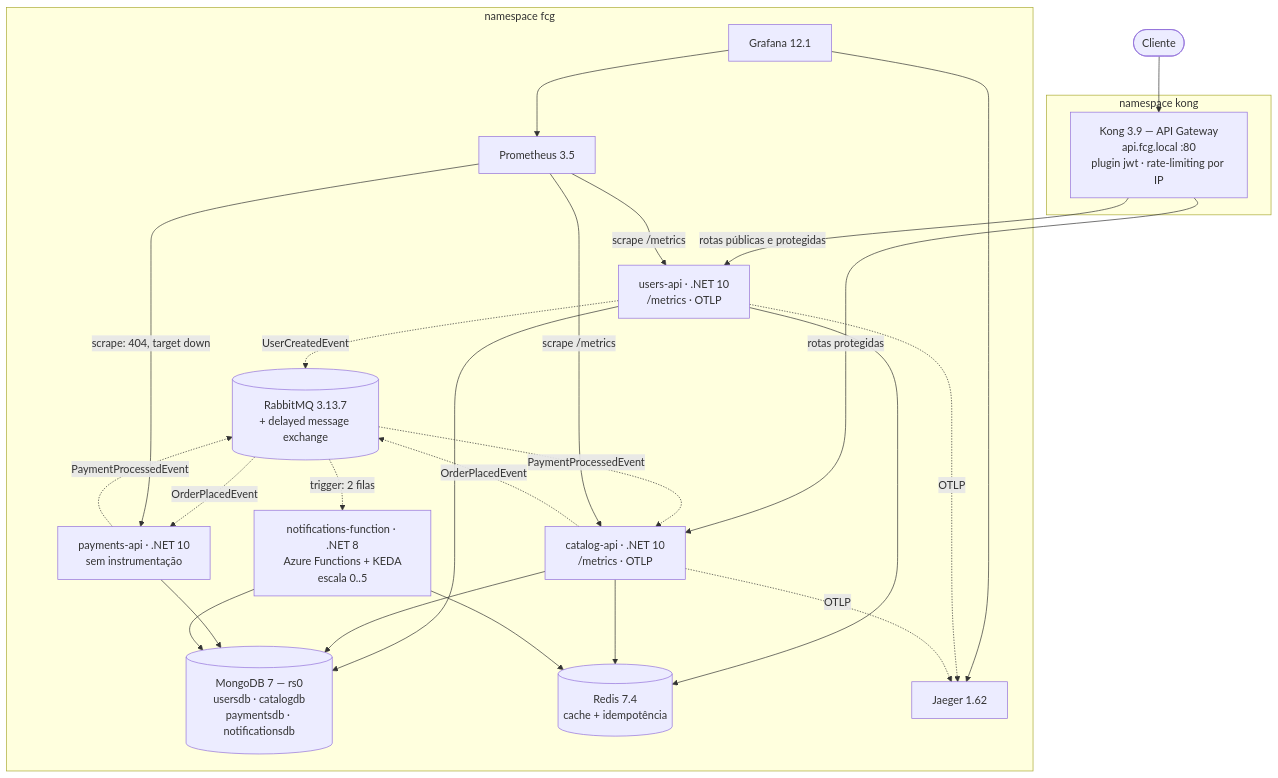
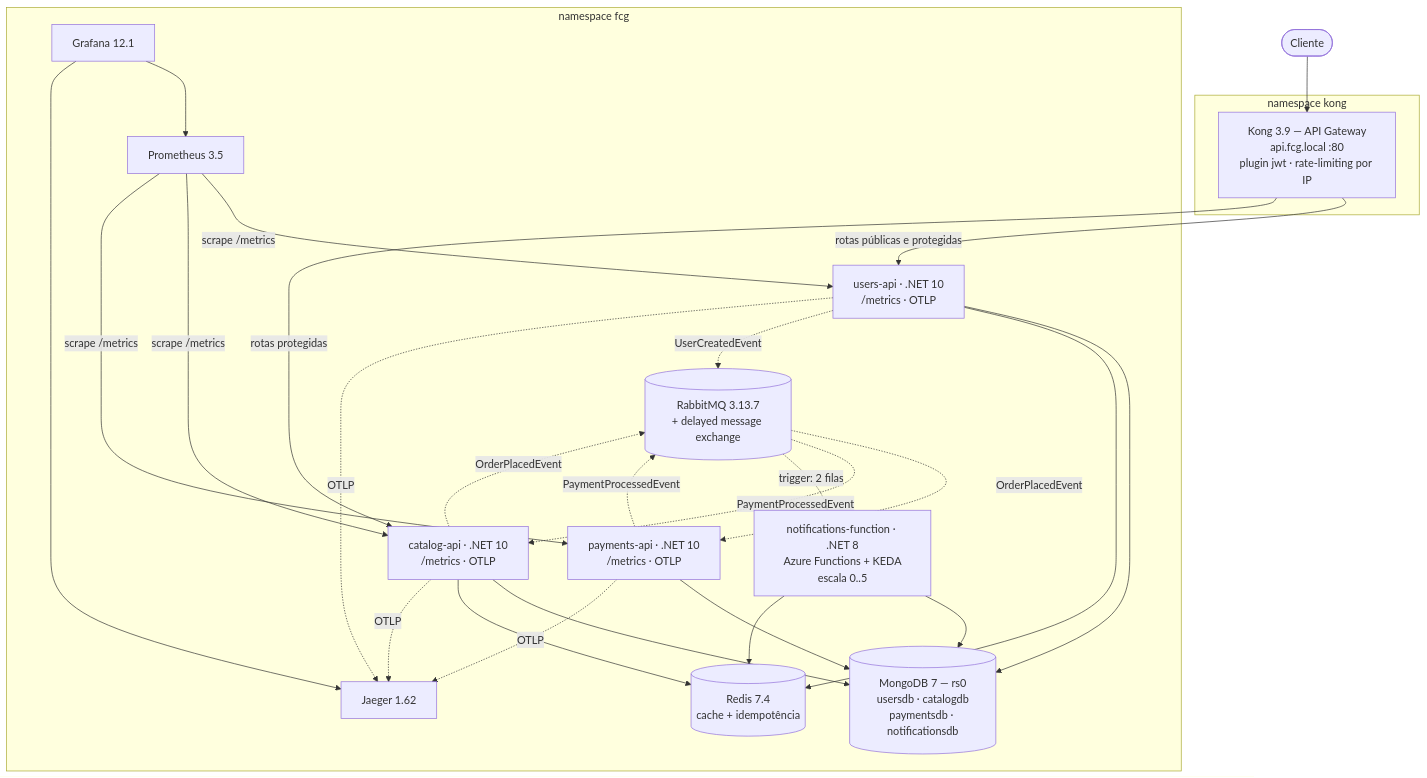
One commit to fcg-grupo-16/orchestration changed the first of 2 diagrams in README.md. Above: the diagram before and after it, drawn with Mermaid. The commit also changed other lines of this file and 7 other files, not shown here.

````diff
--- a/README.md
+++ b/README.md
@@ -16,51 +16,52 @@
 ```mermaid
 flowchart TB
     Cliente(["Cliente"])
 
     subgraph KONG["namespace kong"]
       Gateway["Kong 3.9 — API Gateway<br/>api.fcg.local :80<br/>plugin jwt · rate-limiting por IP"]
     end
 
     Cliente --> Gateway
 
     subgraph FCG["namespace fcg"]
       Users["users-api · .NET 10<br/>/metrics · OTLP"]
       Catalog["catalog-api · .NET 10<br/>/metrics · OTLP"]
-      Payments["payments-api · .NET 10<br/>sem instrumentação"]
+      Payments["payments-api · .NET 10<br/>/metrics · OTLP"]
       Func["notifications-function · .NET 8<br/>Azure Functions + KEDA<br/>escala 0..5"]
 
       Rabbit[("RabbitMQ 3.13.7<br/>+ delayed message exchange")]
       Mongo[("MongoDB 7 — rs0<br/>usersdb · catalogdb<br/>paymentsdb · notificationsdb")]
       Redis[("Redis 7.4<br/>cache + idempotência")]
 
       Prom["Prometheus 3.5"]
       Graf["Grafana 12.1"]
       Jaeger["Jaeger 1.62"]
     end
 
     Gateway -->|rotas públicas e protegidas| Users
     Gateway -->|rotas protegidas| Catalog
 
     Users --> Mongo
     Users --> Redis
     Catalog --> Mongo
     Catalog --> Redis
     Payments --> Mongo
     Func --> Mongo
     Func --> Redis
 
     Users -.->|UserCreatedEvent| Rabbit
     Catalog -.->|OrderPlacedEvent| Rabbit
     Rabbit -.->|OrderPlacedEvent| Payments
     Payments -.->|PaymentProcessedEvent| Rabbit
     Rabbit -.->|PaymentProcessedEvent| Catalog
     Rabbit -.->|trigger: 2 filas| Func
 
     Prom -->|scrape /metrics| Users
     Prom -->|scrape /metrics| Catalog
-    Prom -->|scrape: 404, target down| Payments
+    Prom -->|scrape /metrics| Payments
     Graf --> Prom
     Graf --> Jaeger
     Users -.->|OTLP| Jaeger
     Catalog -.->|OTLP| Jaeger
+    Payments -.->|OTLP| Jaeger
 ```
````
